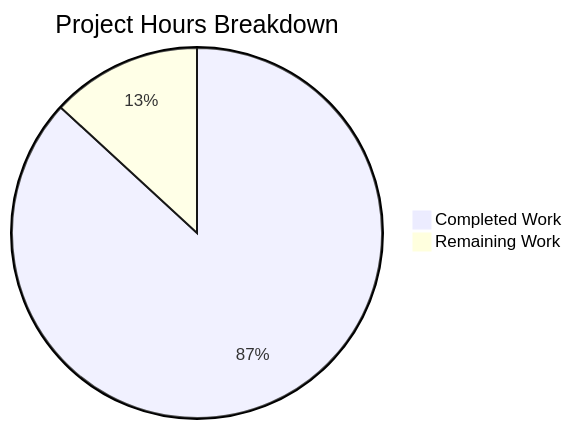
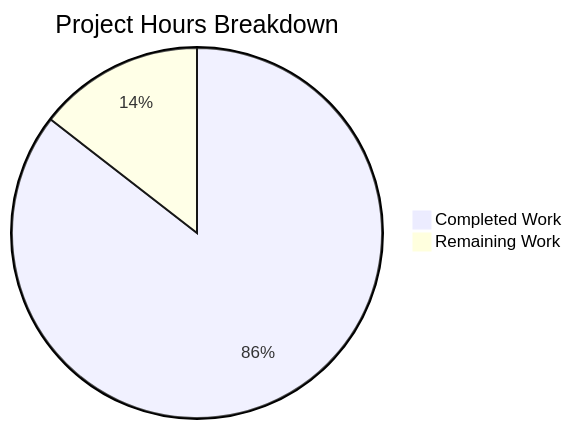
Before and after one commit to Blitzy-Sandbox/blitzy-SplendidCRM: the second of 2 diagrams in blitzy/documentation/Project Guide.md, drawn with Mermaid. The commit also changed other lines of this file, not shown here.

Commit message:
Adding Blitzy Project Guide: Project Status and Human Tasks Remaining

````diff
--- a/blitzy/documentation/Project Guide.md
+++ b/blitzy/documentation/Project Guide.md
@@ -225,5 +236,5 @@
 ```mermaid
 pie title Project Hours Breakdown
-    "Completed Work" : 350
-    "Remaining Work" : 53
+    "Completed Work" : 354
+    "Remaining Work" : 60
 ```
````
